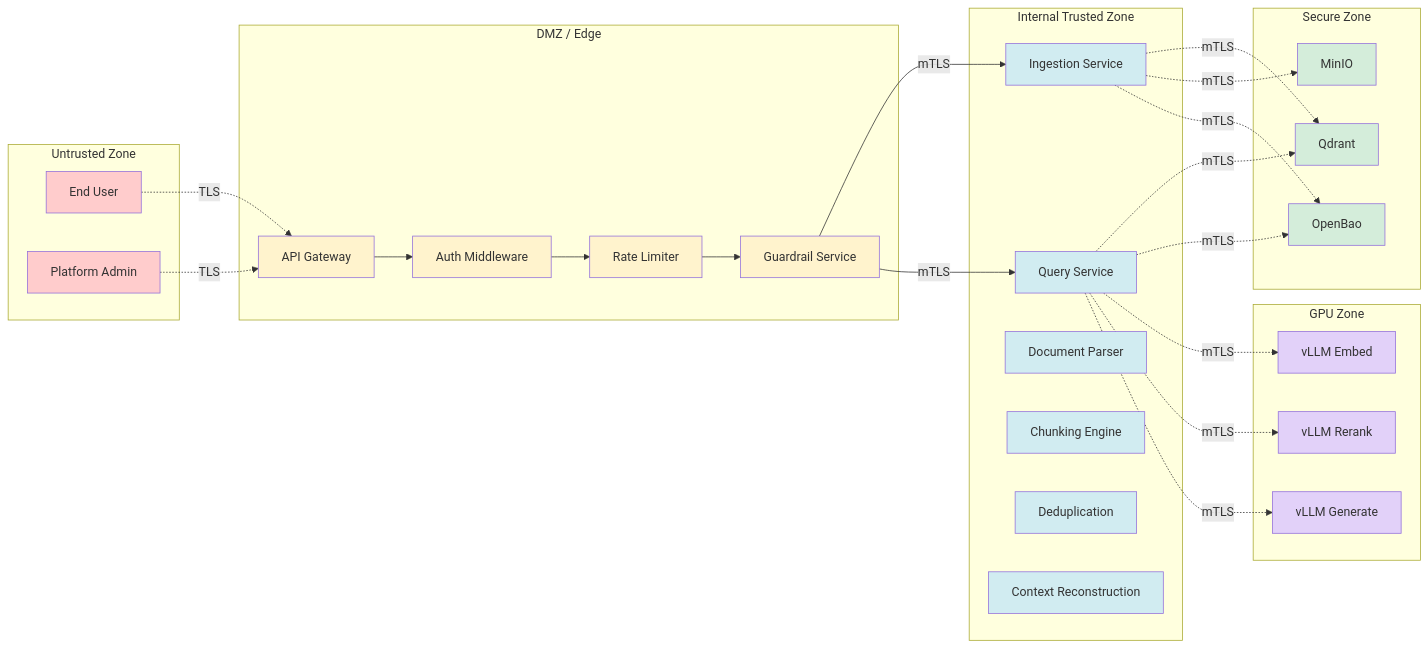
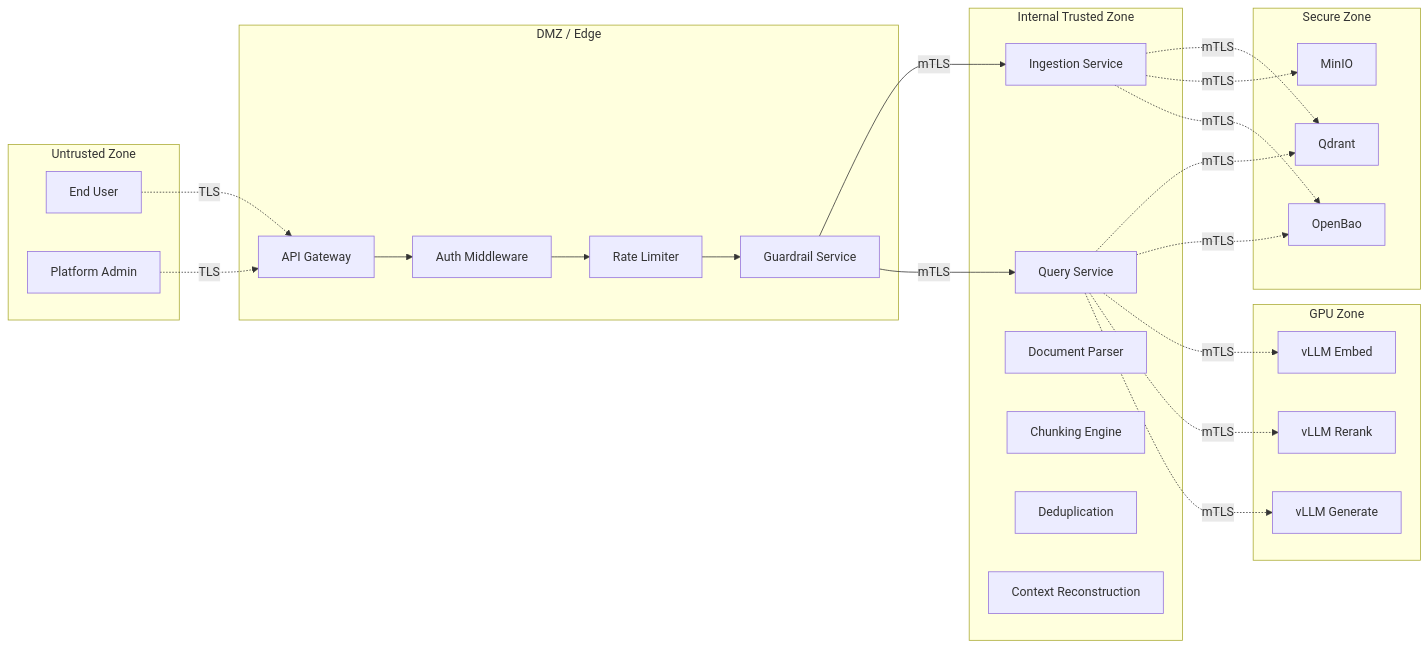
One commit to sam1064max/rag-platform-qwen3 changed the sixth of 13 diagrams in docs/architecture.md. Above: the diagram before and after it, drawn with Mermaid. The commit also changed other lines of this file and 1 other file, not shown here.

First line of the commit message:
fix(docs): fix Mermaid rendering on GitHub

````diff
--- a/docs/architecture.md
+++ b/docs/architecture.md
@@ -256,61 +256,49 @@
 ```mermaid
 flowchart LR
   subgraph External["Untrusted Zone"]
     USER["End User"]
     ADMIN["Platform Admin"]
   end
 
   subgraph DMZ["DMZ / Edge"]
     API["API Gateway"]
     AUTH["Auth Middleware"]
     RATE["Rate Limiter"]
     GUARD["Guardrail Service"]
   end
 
   subgraph Internal["Internal Trusted Zone"]
     ING["Ingestion Service"]
     QSVC["Query Service"]
     PARS["Document Parser"]
     CHUNK["Chunking Engine"]
     DEDUP["Deduplication"]
     CTX["Context Reconstruction"]
   end
 
   subgraph Secure["Secure Zone"]
     QD["Qdrant"]
     MINIO["MinIO"]
     BAO["OpenBao"]
   end
 
   subgraph GPU["GPU Zone"]
     VLE["vLLM Embed"]
     VLR["vLLM Rerank"]
     VLG["vLLM Generate"]
   end
 
   USER -.->|"TLS"| API
   ADMIN -.->|"TLS"| API
   API --> AUTH --> RATE --> GUARD
   GUARD -->|"mTLS"| ING
   GUARD -->|"mTLS"| QSVC
   ING -.->|"mTLS"| QD
   ING -.->|"mTLS"| MINIO
   ING -.->|"mTLS"| BAO
   QSVC -.->|"mTLS"| QD
   QSVC -.->|"mTLS"| BAO
   QSVC -.->|"mTLS"| VLE
   QSVC -.->|"mTLS"| VLR
   QSVC -.->|"mTLS"| VLG
-
-  classDef untrusted fill:#ffcccc
-  classDef dmz fill:#fff3cd
-  classDef internal fill:#d1ecf1
-  classDef secure fill:#d4edda
-  classDef gpu fill:#e2d1f9
-
-  class USER,ADMIN untrusted
-  class API,AUTH,RATE,GUARD dmz
-  class ING,QSVC,PARS,CHUNK,DEDUP,CTX internal
-  class QD,MINIO,BAO secure
-  class VLE,VLR,VLG gpu
 ```
````
